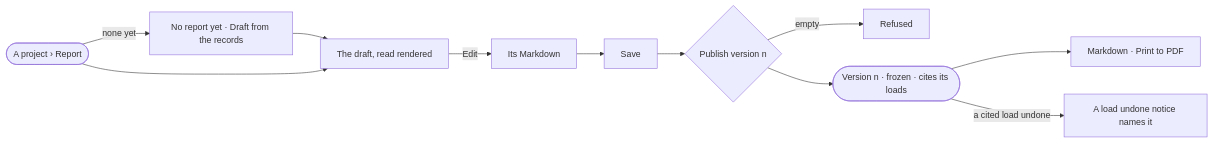
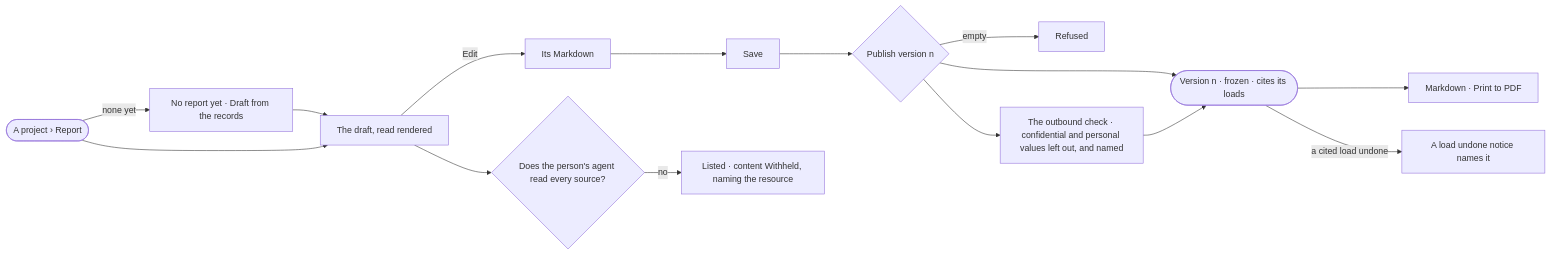
Before and after one commit to invana/invana: the diagram in specs/capabilities/projects/features/PJ-F05-project-reports/stories/PJ-14-publish-what-we-decided/story.md, drawn with Mermaid. The commit also changed other lines of this file and 300 other files, not shown here.

````diff
--- a/specs/capabilities/projects/features/PJ-F05-project-reports/stories/PJ-14-publish-what-we-decided/story.md
+++ b/specs/capabilities/projects/features/PJ-F05-project-reports/stories/PJ-14-publish-what-we-decided/story.md
@@ -29,12 +29,15 @@
 ```mermaid
 flowchart LR
   s([A project › Report]) -->|none yet| e["No report yet · Draft from the records"]
   e --> d["The draft, read rendered"]
   s --> d
   d -->|Edit| m["Its Markdown"] --> sv["Save"]
   sv --> p{"Publish version n"}
   p -->|empty| r["Refused"]
   p --> v(["Version n · frozen · cites its loads"])
+  p --> ob["The outbound check · confidential and personal values left out, and named"] --> v
+  d --> w{"Does the person's agent read every source?"}
+  w -->|no| red["Listed · content Withheld, naming the resource"]
   v --> x["Markdown · Print to PDF"]
   v -->|a cited load undone| n["A load undone notice names it"]
 ```
````
